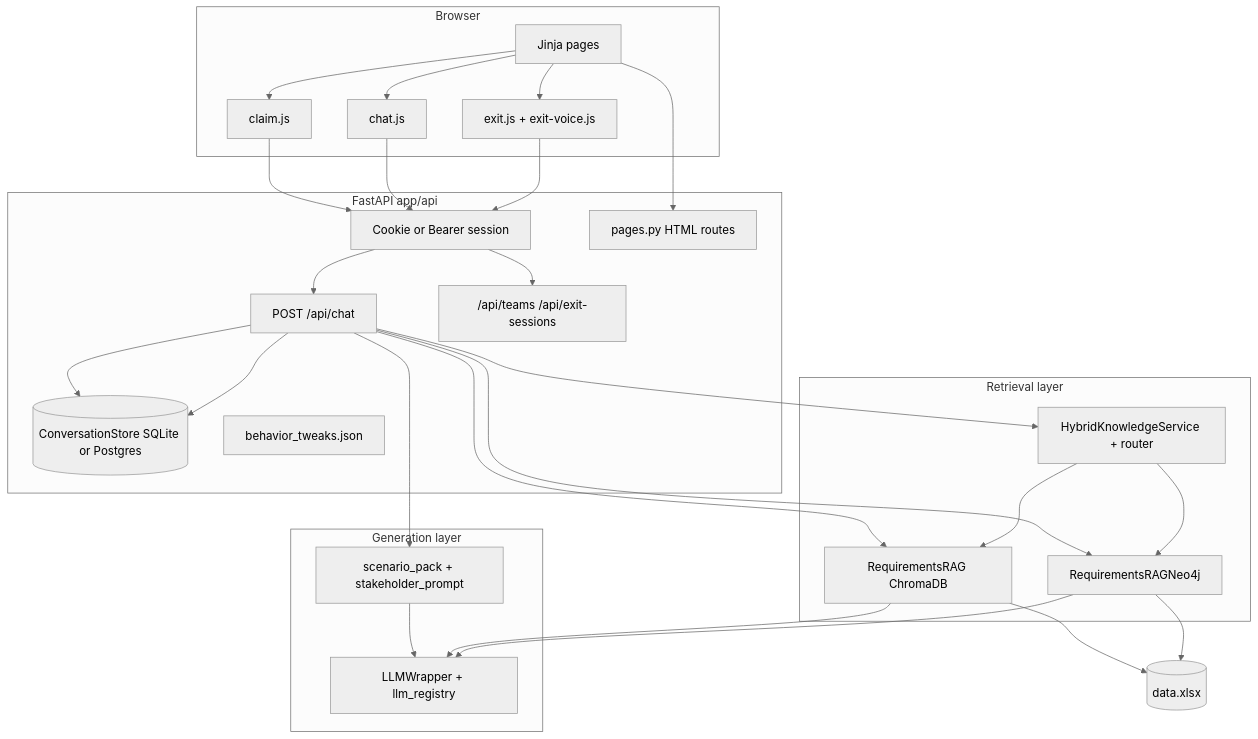
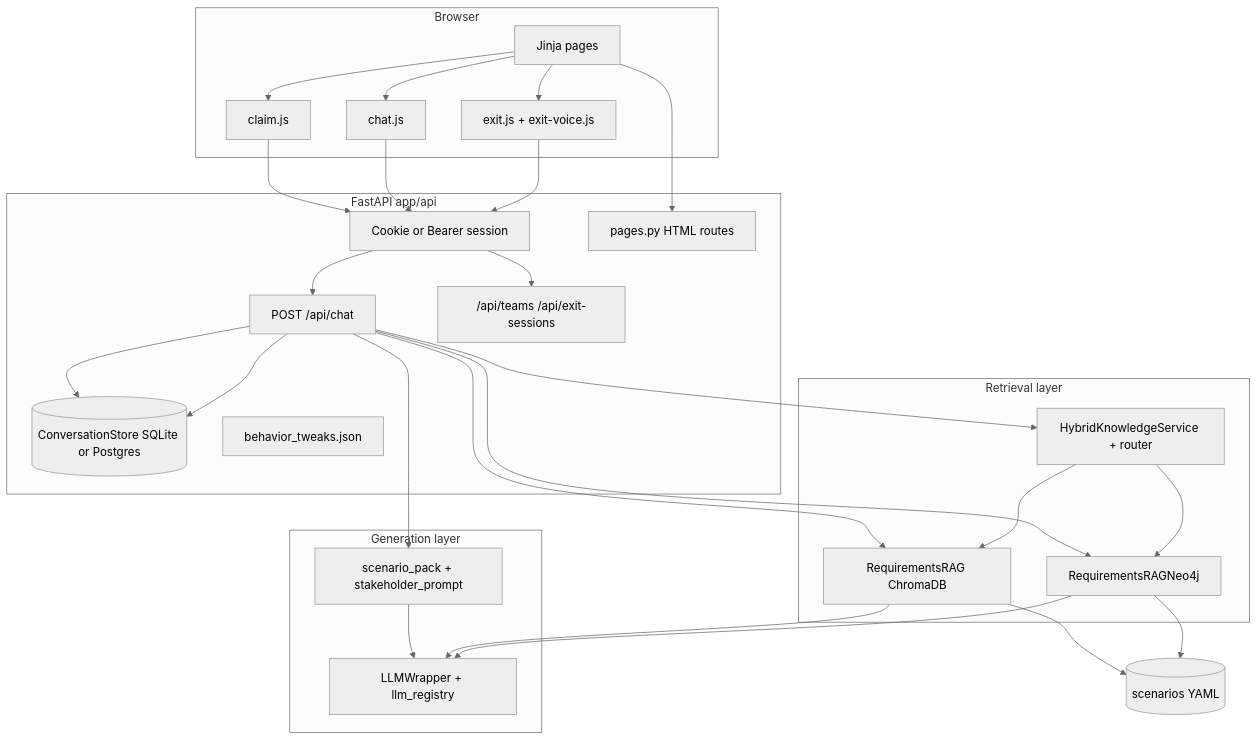
One commit to Snickdx/sellm changed the diagram in README.md. Above: the diagram before and after it, drawn with Mermaid (neutral theme). The commit also changed other lines of this file and 77 other files, not shown here.

First line of the commit message:
Retire Excel workbook ground truth and deepen Neo4j scenario graph retrieval.

````diff
--- a/README.md
+++ b/README.md
@@ -184,54 +183,54 @@
 ```mermaid
 flowchart TB
   subgraph client [Browser]
     Pages[Jinja pages]
     Claim[claim.js]
     ChatUI[chat.js]
     ExitUI[exit.js + exit-voice.js]
   end
 
   subgraph api [FastAPI app/api]
     Auth[Cookie or Bearer session]
     PagesAPI[pages.py HTML routes]
     Chat[POST /api/chat]
     ExitAPI["/api/teams /api/exit-sessions"]
     Store[(ConversationStore SQLite or Postgres)]
     Tweaks[behavior_tweaks.json]
   end
 
   subgraph retrieval [Retrieval layer]
     Vector[RequirementsRAG ChromaDB]
     Graph[RequirementsRAGNeo4j]
     Hybrid[HybridKnowledgeService + router]
   end
 
   subgraph generation [Generation layer]
     Scenario[scenario_pack + stakeholder_prompt]
     LLM[LLMWrapper + llm_registry]
   end
 
-  KB[(data.xlsx)]
+  KB[(scenarios YAML)]
 
   Pages --> Claim
   Pages --> ChatUI
   Pages --> ExitUI
   Pages --> PagesAPI
   Claim --> Auth
   ChatUI --> Auth
   ExitUI --> Auth
   Auth --> Chat
   Auth --> ExitAPI
   Chat --> Store
   Chat --> Hybrid
   Chat --> Vector
   Chat --> Graph
   Hybrid --> Vector
   Hybrid --> Graph
   Vector --> KB
   Graph --> KB
   Chat --> Scenario
   Scenario --> LLM
   Vector --> LLM
   Graph --> LLM
   Chat --> Store
 ```
````
